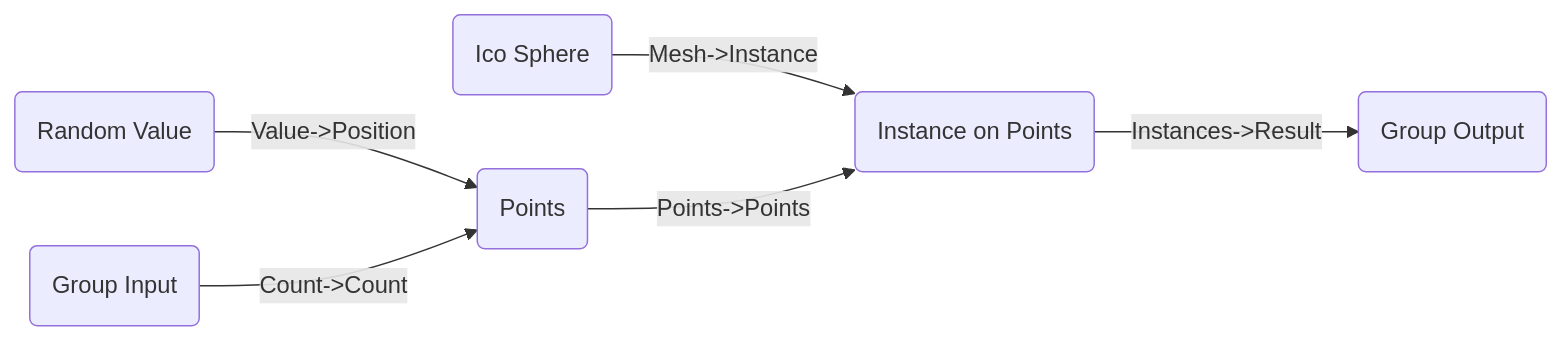
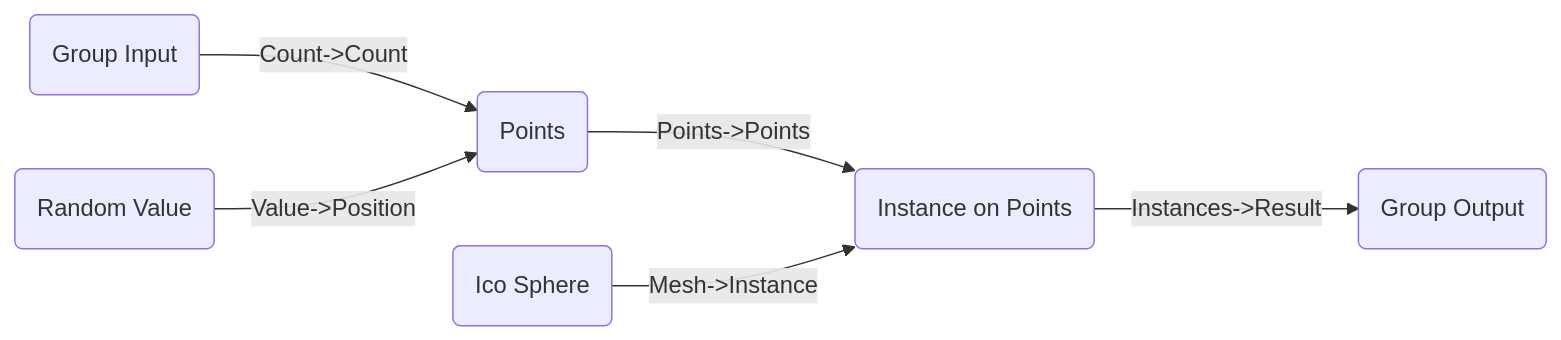
Before and after one commit to BradyAJohnston/nodebpy: the diagram in using.llms.md, drawn with Mermaid. The commit also changed other lines of this file and 104 other files, not shown here.

````diff
--- a/using.llms.md
+++ b/using.llms.md
@@ -79,14 +77,14 @@
 ``` mermaid
 graph LR
     N0("Group Input"):::default-node
     N1("Random Value"):::converter-node
     N2("Points"):::geometry-node
     N3("Ico Sphere"):::geometry-node
     N4("Instance on Points"):::geometry-node
     N5("Group Output"):::default-node
+    N0 -->|"Count->Count"| N2
     N1 -->|"Value->Position"| N2
-    N0 -->|"Count->Count"| N2
+    N2 -->|"Points->Points"| N4
     N3 -->|"Mesh->Instance"| N4
-    N2 -->|"Points->Points"| N4
     N4 -->|"Instances->Result"| N5
 ```
````
